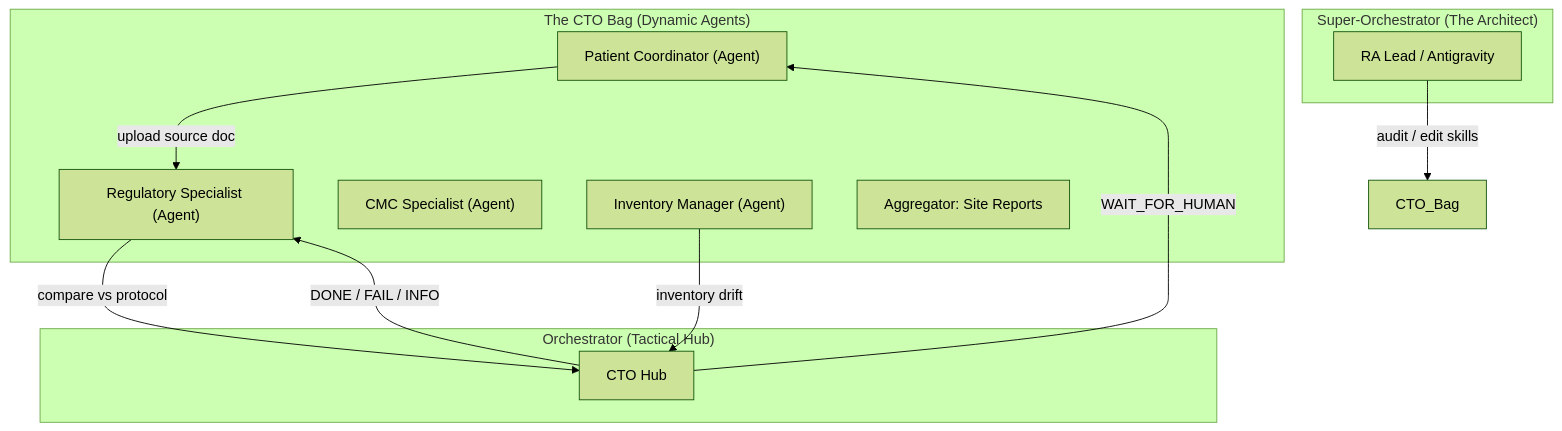
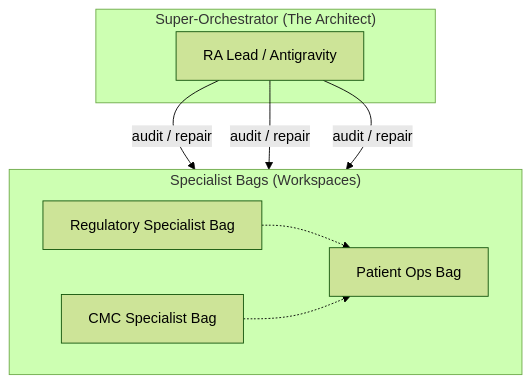
The diagram in notes/11_use_case_cto.md (aaronjrod/clawgraph), drawn with Mermaid (forest theme) before and after one commit. The commit also changed other lines of this file and 10 other files, not shown here.

Commit message:
docs: pivot CTO example to One Bag Per Specialist architecture

````diff
--- a/notes/11_use_case_cto.md
+++ b/notes/11_use_case_cto.md
@@ -7,25 +7,20 @@
 ```mermaid
 graph TD
     subgraph "Super-Orchestrator (The Architect)"
         SO[RA Lead / Antigravity]
     end
 
-    subgraph "The CTO Bag (Dynamic Agents)"
-        PC["Patient Coordinator (Agent)"]
-        RS["Regulatory Specialist (Agent)"]
-        CMC["CMC Specialist (Agent)"]
-        IM["Inventory Manager (Agent)"]
-        AG["Aggregator: Site Reports"]
+    subgraph "Specialist Bags (Workspaces)"
+        direction LR
+        REG_BAG[Regulatory Specialist Bag]
+        CMC_BAG[CMC Specialist Bag]
+        OPS_BAG[Patient Ops Bag]
     end
 
-    subgraph "Orchestrator (Tactical Hub)"
-        OR[CTO Hub]
-    end
+    SO -- "audit / repair" --> REG_BAG
+    SO -- "audit / repair" --> CMC_BAG
+    SO -- "audit / repair" --> OPS_BAG
 
-    SO -- "audit / edit skills" --> CTO_Bag
-    OR -- "DONE / FAIL / INFO" --> RS
-    OR -- "WAIT_FOR_HUMAN" --> PC
-    PC -- "upload source doc" --> RS
-    RS -- "compare vs protocol" --> OR
-    IM -- "inventory drift" --> OR
+    REG_BAG -.-> OPS_BAG
+    CMC_BAG -.-> OPS_BAG
 ```
````
